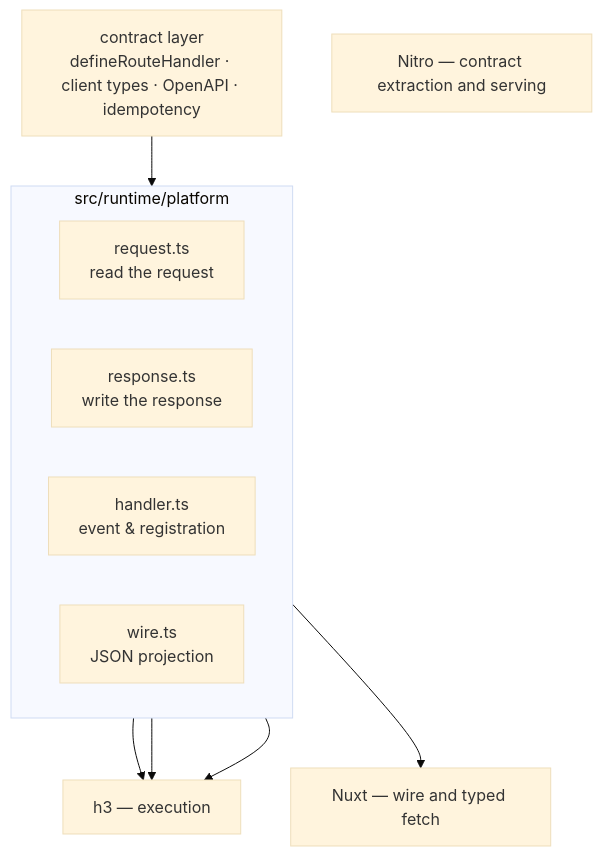
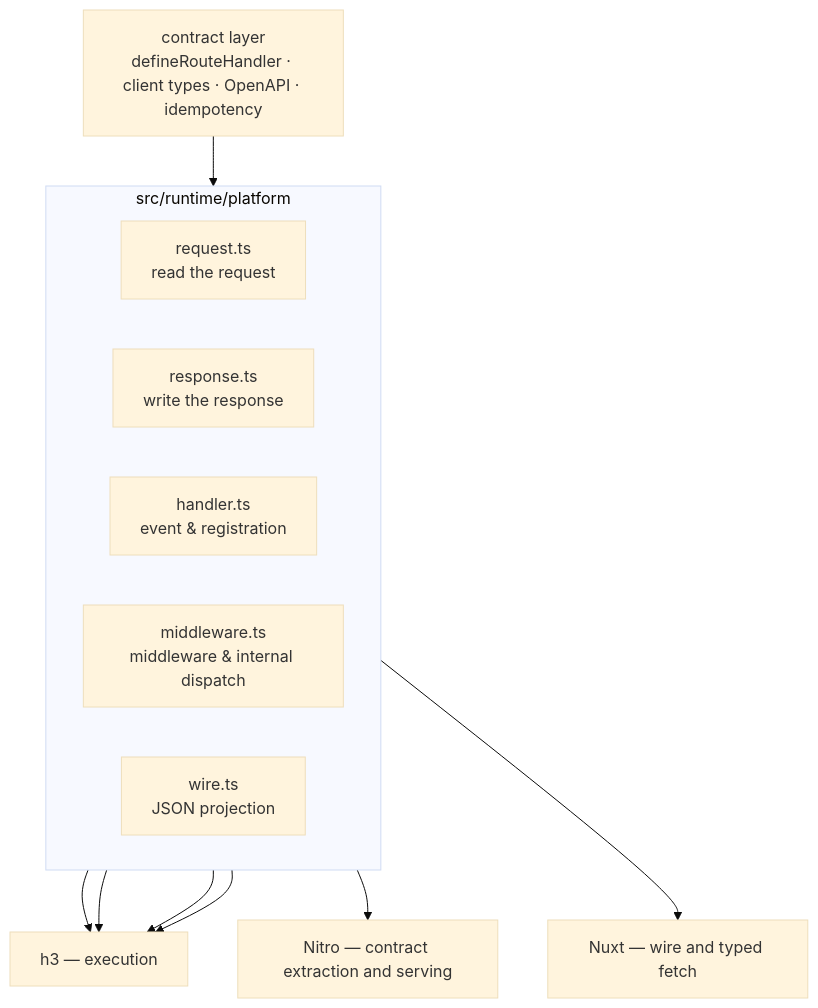
The diagram in src/runtime/platform/README.md (nuxt-endpoints/nuxt-endpoints), drawn with Mermaid (base theme) before and after one commit. The commit also changed other lines of this file and 40 other files, not shown here.

````diff
--- a/src/runtime/platform/README.md
+++ b/src/runtime/platform/README.md
@@ -14,20 +14,23 @@
 ```mermaid
 flowchart TB
     contract["contract layer<br/>defineRouteHandler · client types · OpenAPI · idempotency"]
     subgraph seam["src/runtime/platform"]
         direction LR
         request["request.ts<br/>read the request"]
         response["response.ts<br/>write the response"]
         handler["handler.ts<br/>event & registration"]
+        middleware["middleware.ts<br/>middleware & internal dispatch"]
         wire["wire.ts<br/>JSON projection"]
     end
     h3["h3 — execution"]
     nitro["Nitro — contract extraction and serving"]
     nuxt["Nuxt — wire and typed fetch"]
 
     contract --> seam
     request --> h3
     response --> h3
     handler --> h3
+    middleware --> h3
+    middleware --> nitro
     wire --> nuxt
 ```
````
